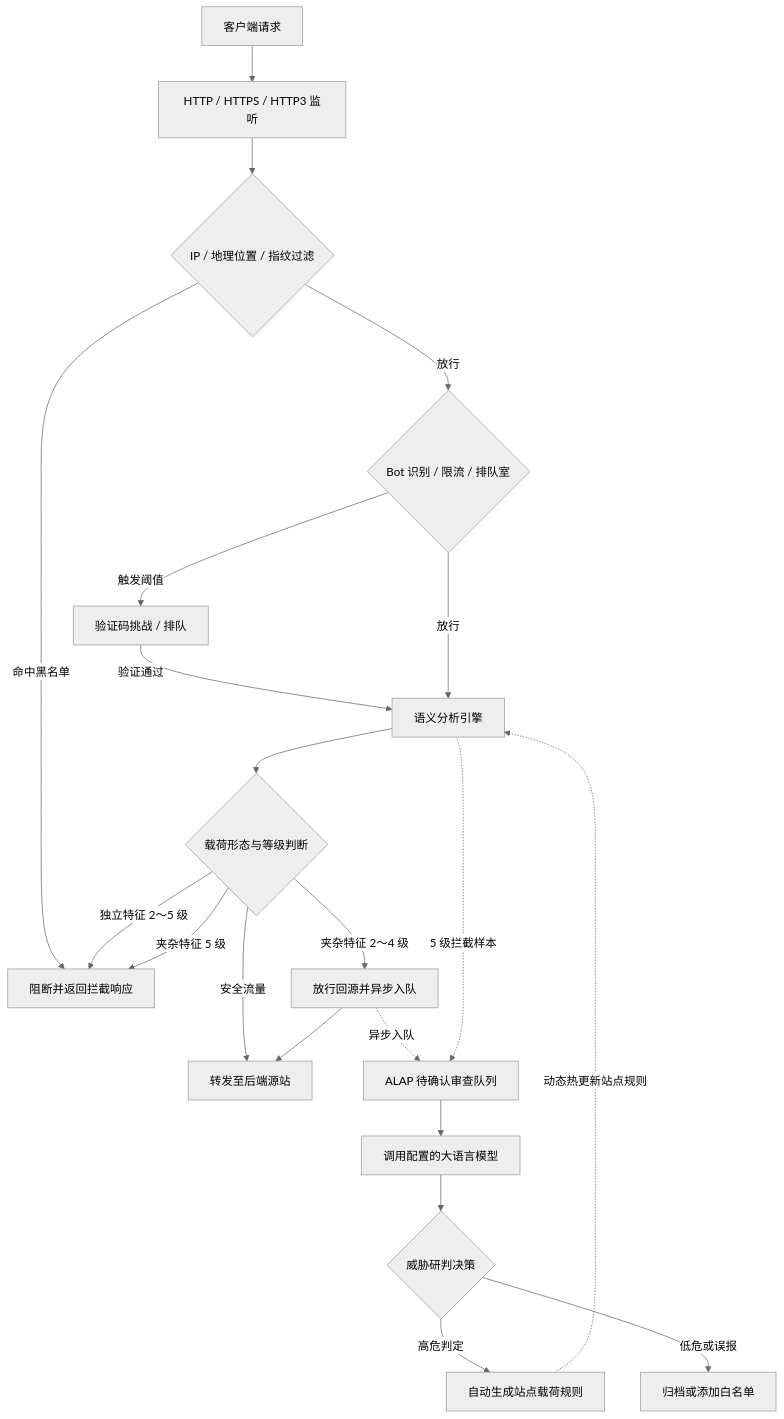
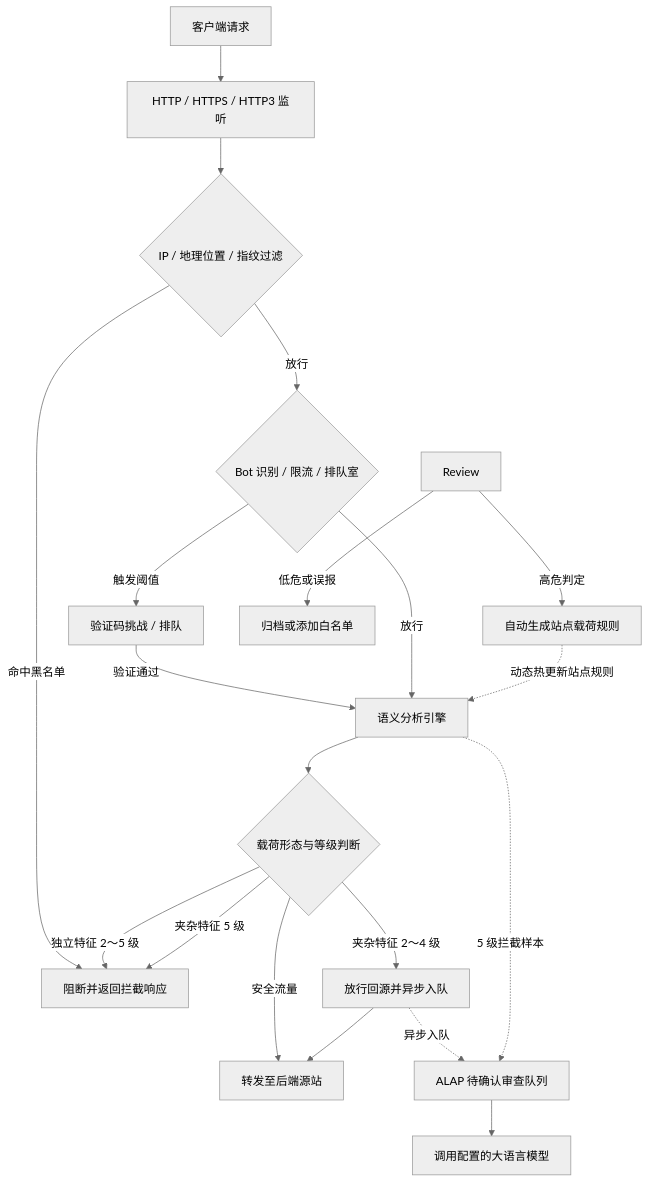
The diagram in README_CN.md (LaokeQwQ/CheeseWAF), drawn with Mermaid (neutral theme) before and after one commit. The commit also changed other lines of this file and 5 other files, not shown here.

````diff
--- a/README_CN.md
+++ b/README_CN.md
@@ -82,23 +119,22 @@
 ```mermaid
 flowchart TB
   Client[客户端请求] --> Ingress[HTTP / HTTPS / HTTP3 监听]
   Ingress --> IP{IP / 地理位置 / 指纹过滤}
   IP -->|命中黑名单| Block[阻断并返回拦截响应]
   IP -->|放行| Bot{Bot 识别 / 限流 / 排队室}
   Bot -->|触发阈值| Challenge[验证码挑战 / 排队]
   Challenge -->|验证通过| Sem
   Bot -->|放行| Sem[语义分析引擎]
   Sem --> Shape{载荷形态与等级判断}
   Shape -->|独立特征 2～5 级| Block
   Shape -->|夹杂特征 5 级| Block
   Shape -->|夹杂特征 2～4 级| Pass[放行回源并异步入队]
   Shape -->|安全流量| Origin[转发至后端源站]
   Pass --> Origin
   Pass -.->|异步入队| Queue[ALAP 待确认审查队列]
   Sem -.->|5 级拦截样本| Queue
   Queue --> LLM[调用配置的大语言模型]
-  LLM --> Review{威胁研判决策}
   Review -->|高危判定| Rule[自动生成站点载荷规则]
   Review -->|低危或误报| Dismiss[归档或添加白名单]
   Rule -.->|动态热更新站点规则| Sem
 ```
````
